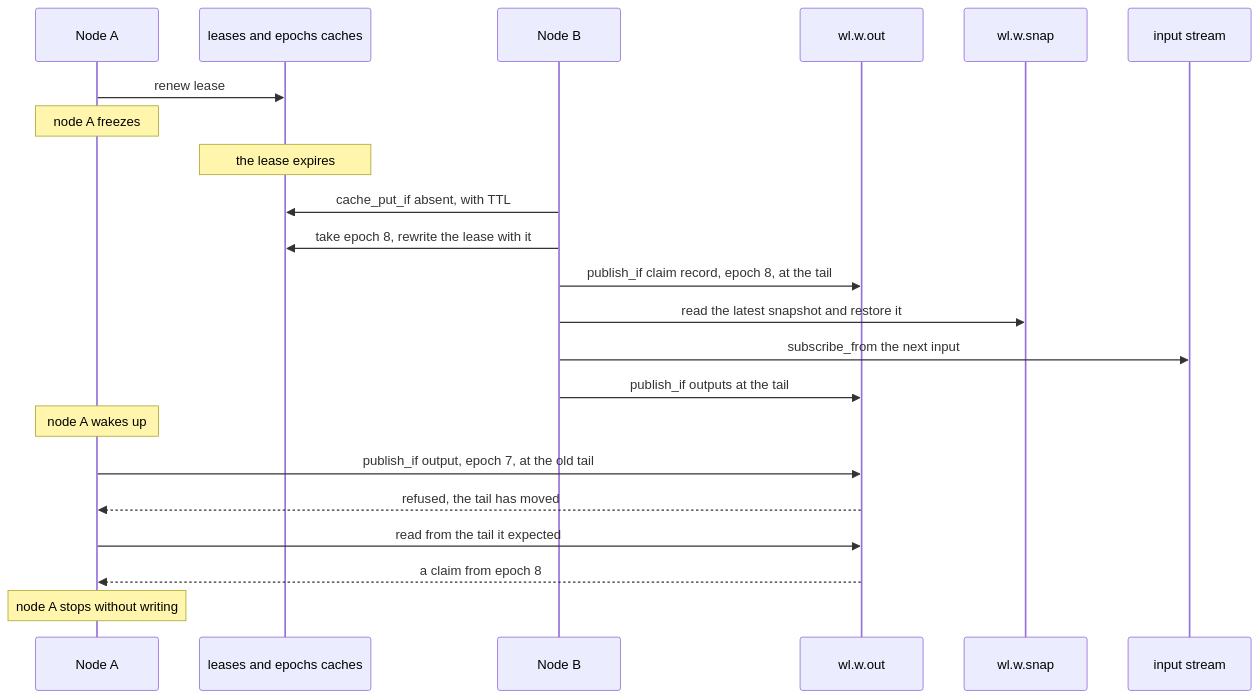
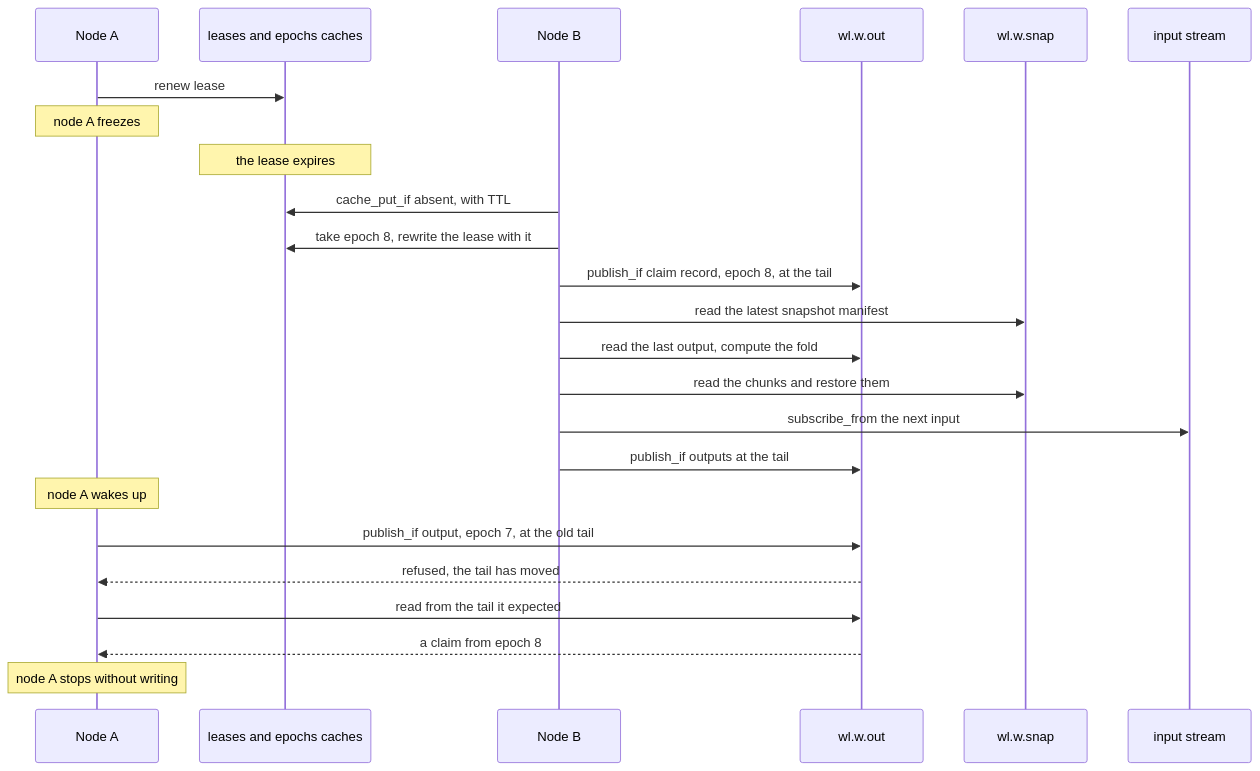
Before and after one commit to GetFelix/felix: the first of 3 diagrams in docs-site/src/content/docs/built-on-felix/felixd/how-it-works.md, drawn with Mermaid. The commit also changed other lines of this file and 1 other file, not shown here.

First line of the commit message:
docs(felixd): resume reads the manifest and last output and folds before it restores

````diff
--- a/docs-site/src/content/docs/built-on-felix/felixd/how-it-works.md
+++ b/docs-site/src/content/docs/built-on-felix/felixd/how-it-works.md
@@ -142,24 +142,26 @@
 ```mermaid
 sequenceDiagram
     participant A as Node A
     participant L as leases and epochs caches
     participant B as Node B
     participant O as wl.w.out
     participant S as wl.w.snap
     participant I as input stream
     A->>L: renew lease
     Note over A: node A freezes
     Note over L: the lease expires
     B->>L: cache_put_if absent, with TTL
     B->>L: take epoch 8, rewrite the lease with it
     B->>O: publish_if claim record, epoch 8, at the tail
-    B->>S: read the latest snapshot and restore it
+    B->>S: read the latest snapshot manifest
+    B->>O: read the last output, compute the fold
+    B->>S: read the chunks and restore them
     B->>I: subscribe_from the next input
     B->>O: publish_if outputs at the tail
     Note over A: node A wakes up
     A->>O: publish_if output, epoch 7, at the old tail
     O-->>A: refused, the tail has moved
     A->>O: read from the tail it expected
     O-->>A: a claim from epoch 8
     Note over A: node A stops without writing
 ```
````
